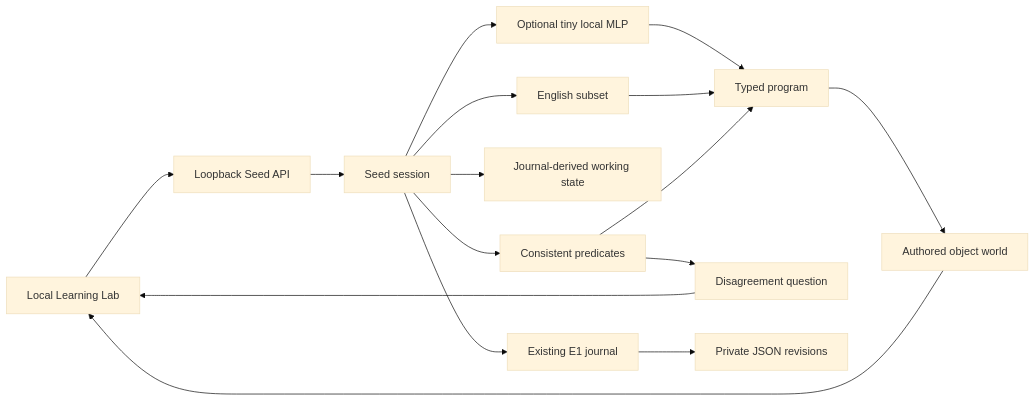
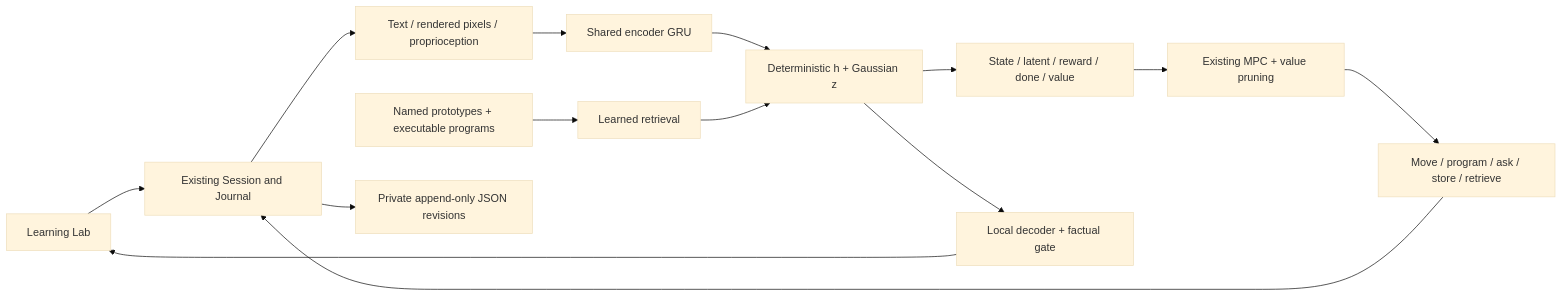
One commit to ajayghimire9-bit/nexus-ai changed the diagram in docs/seed/ARCHITECTURE.md. Above: the diagram before and after it, drawn with Mermaid (base theme). The commit also changed other lines of this file and 30 other files, not shown here.

Commit message:
Record grounded Seed pilot and verified neural GUI

````diff
--- a/docs/seed/ARCHITECTURE.md
+++ b/docs/seed/ARCHITECTURE.md
@@ -25,18 +34,16 @@
 ```mermaid
 flowchart LR
-  UI[Local Learning Lab] --> API[Loopback Seed API]
-  API --> Session[Seed session]
-  Session --> Parse[English subset]
-  Session --> Neural[Optional tiny local MLP]
-  Neural --> Plan
-  Session --> Working[Journal-derived working state]
-  Session --> Learn[Consistent predicates]
-  Learn --> Ask[Disagreement question]
-  Parse --> Plan[Typed program]
-  Learn --> Plan
-  Plan --> World[Authored object world]
-  Session --> Journal[Existing E1 journal]
-  Journal --> Save[Private JSON revisions]
-  World --> UI
-  Ask --> UI
+  UI[Learning Lab] --> Session[Existing Session and Journal]
+  Session --> Sensors[Text / rendered pixels / proprioception]
+  Sensors --> GRU[Shared encoder GRU]
+  GRU --> RSSM[Deterministic h + Gaussian z]
+  Concepts[Named prototypes + executable programs] --> Keys[Learned retrieval]
+  Keys --> RSSM
+  RSSM --> Heads[State / latent / reward / done / value]
+  Heads --> MPC[Existing MPC + value pruning]
+  MPC --> Actions[Move / program / ask / store / retrieve]
+  Actions --> Session
+  RSSM --> Language[Local decoder + factual gate]
+  Language --> UI
+  Session --> Save[Private append-only JSON revisions]
 ```
````
